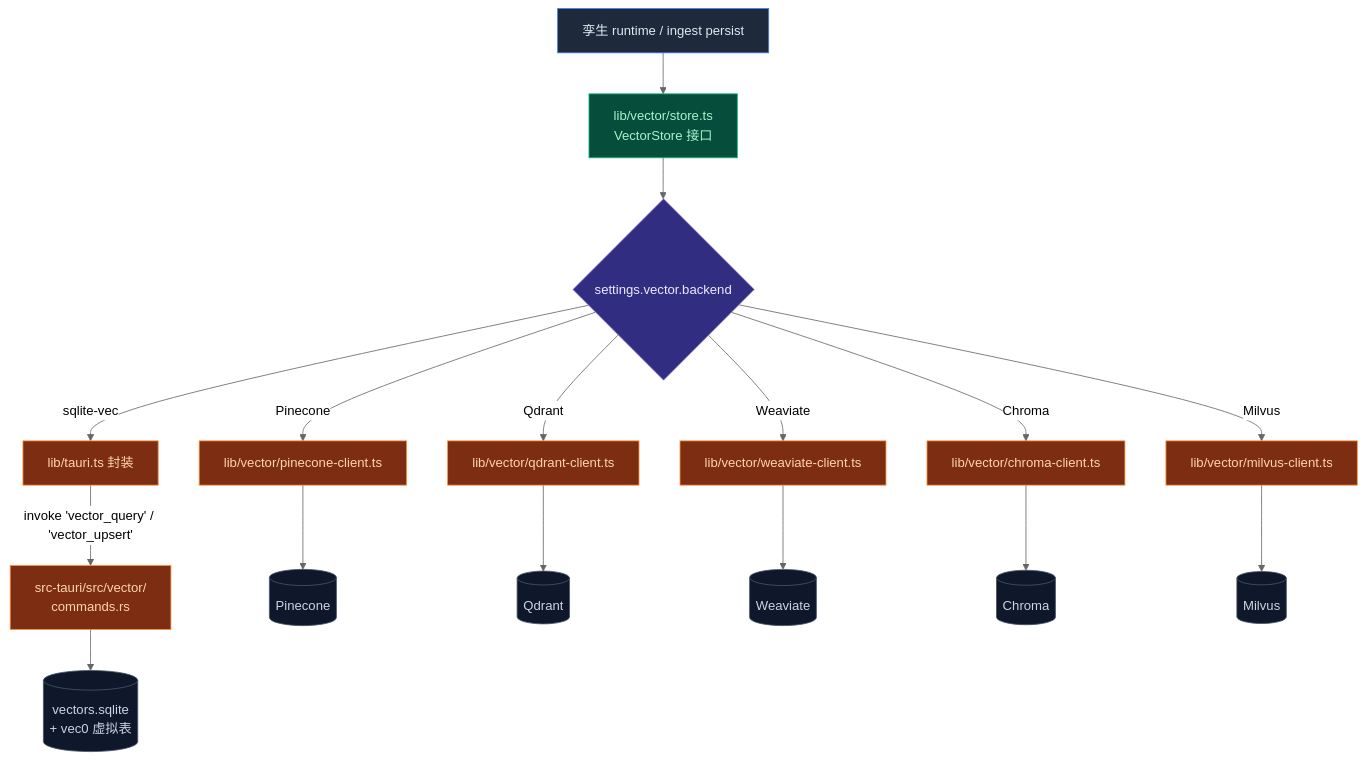
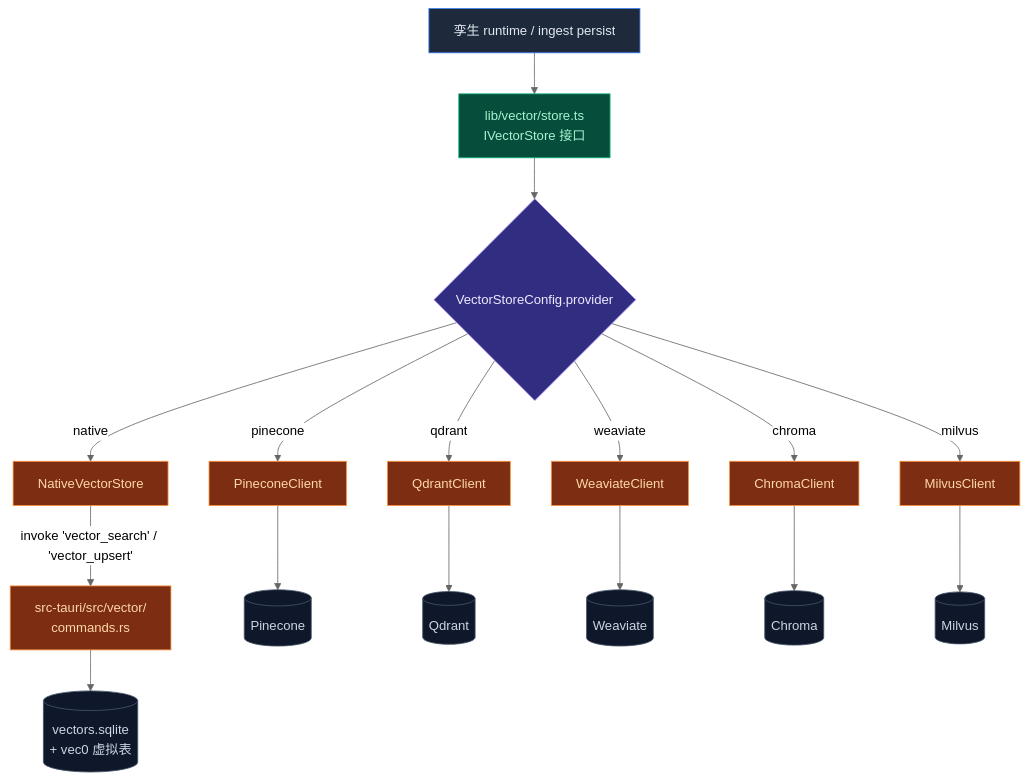
The diagram in docs/content/docs/zh/vector-store.mdx (MaxQian888/cognia-next), drawn with Mermaid (neutral theme) before and after one commit. The commit also changed other lines of this file and 211 other files, not shown here.

````diff
--- a/docs/content/docs/zh/vector-store.mdx
+++ b/docs/content/docs/zh/vector-store.mdx
@@ -118,33 +166,33 @@
 ```mermaid
 flowchart TB
   Caller[孪生 runtime / ingest persist]
-  Caller --> Store[lib/vector/store.ts<br/>VectorStore 接口]
-  Store --> Settings{settings.vector.backend}
+  Caller --> Store[lib/vector/store.ts<br/>IVectorStore 接口]
+  Store --> Settings{VectorStoreConfig.provider}
 
-  Settings -->|sqlite-vec| Native[lib/tauri.ts 封装]
-  Settings -->|Pinecone| Pine[lib/vector/pinecone-client.ts]
-  Settings -->|Qdrant| Qd[lib/vector/qdrant-client.ts]
-  Settings -->|Weaviate| We[lib/vector/weaviate-client.ts]
-  Settings -->|Chroma| Ch[lib/vector/chroma-client.ts]
-  Settings -->|Milvus| Mi[lib/vector/milvus-client.ts]
+  Settings -->|native| Native[NativeVectorStore]
+  Settings -->|pinecone| Pine[PineconeClient]
+  Settings -->|qdrant| Qd[QdrantClient]
+  Settings -->|weaviate| We[WeaviateClient]
+  Settings -->|chroma| Ch[ChromaClient]
+  Settings -->|milvus| Mi[MilvusClient]
 
-  Native -->|invoke 'vector_query' / 'vector_upsert'| Rust[src-tauri/src/vector/<br/>commands.rs]
+  Native -->|invoke 'vector_search' / 'vector_upsert'| Rust[src-tauri/src/vector/<br/>commands.rs]
   Rust --> SQL[(vectors.sqlite<br/>+ vec0 虚拟表)]
 
   Pine --> Cloud1[(Pinecone)]
   Qd --> Cloud2[(Qdrant)]
   We --> Cloud3[(Weaviate)]
   Ch --> Cloud4[(Chroma)]
   Mi --> Cloud5[(Milvus)]
 
   classDef caller fill:#1e293b,stroke:#3b82f6,color:#e2e8f0
   classDef abstr fill:#064e3b,stroke:#10b981,color:#a7f3d0
   classDef gate fill:#312e81,stroke:#a78bfa,color:#ede9fe
   classDef impl fill:#7c2d12,stroke:#fb923c,color:#fed7aa
   classDef store fill:#0f172a,stroke:#475569,color:#cbd5e1
   class Caller caller
   class Store abstr
   class Settings gate
   class Native,Pine,Qd,We,Ch,Mi,Rust impl
   class SQL,Cloud1,Cloud2,Cloud3,Cloud4,Cloud5 store
 ```
````
